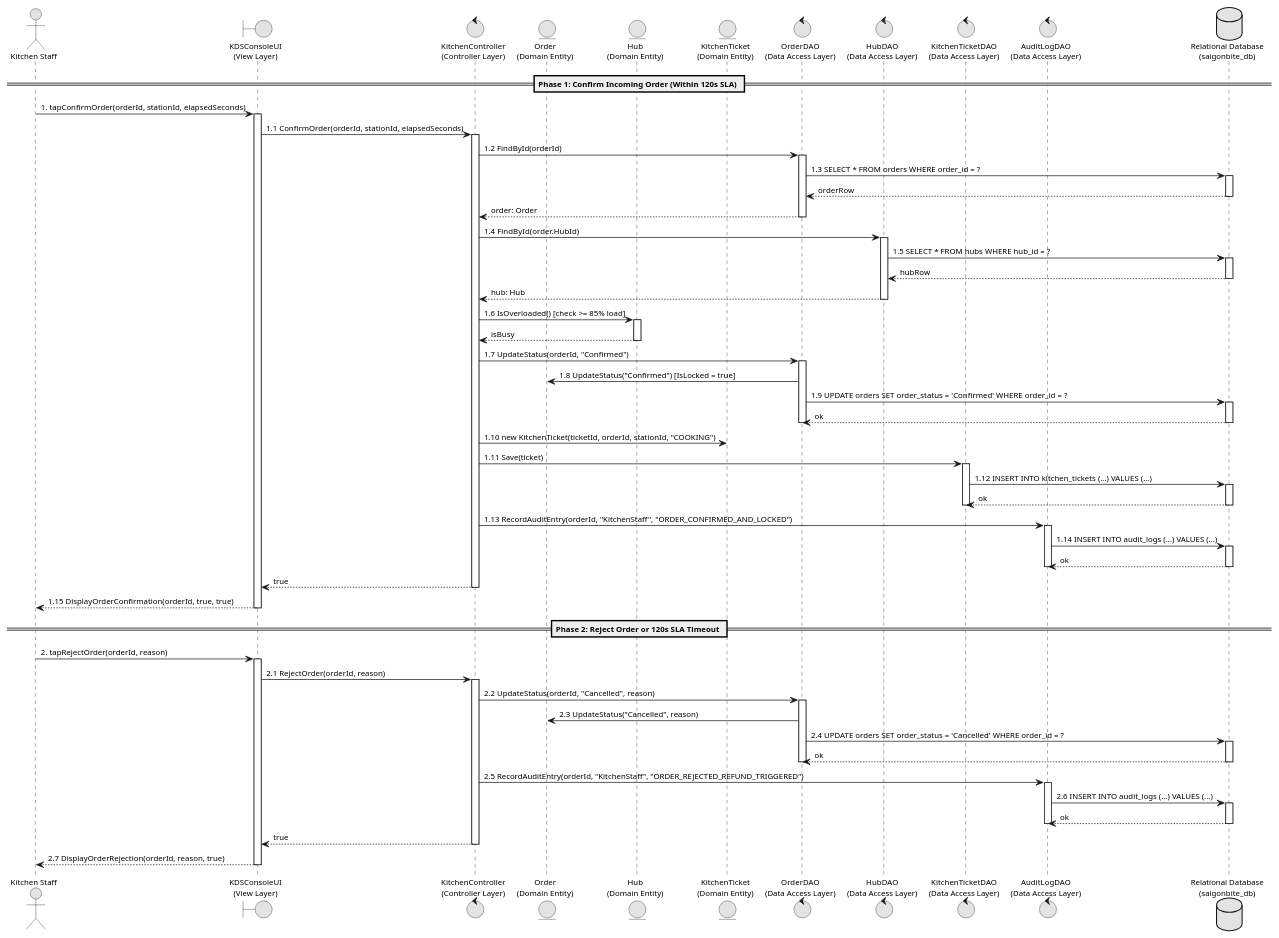
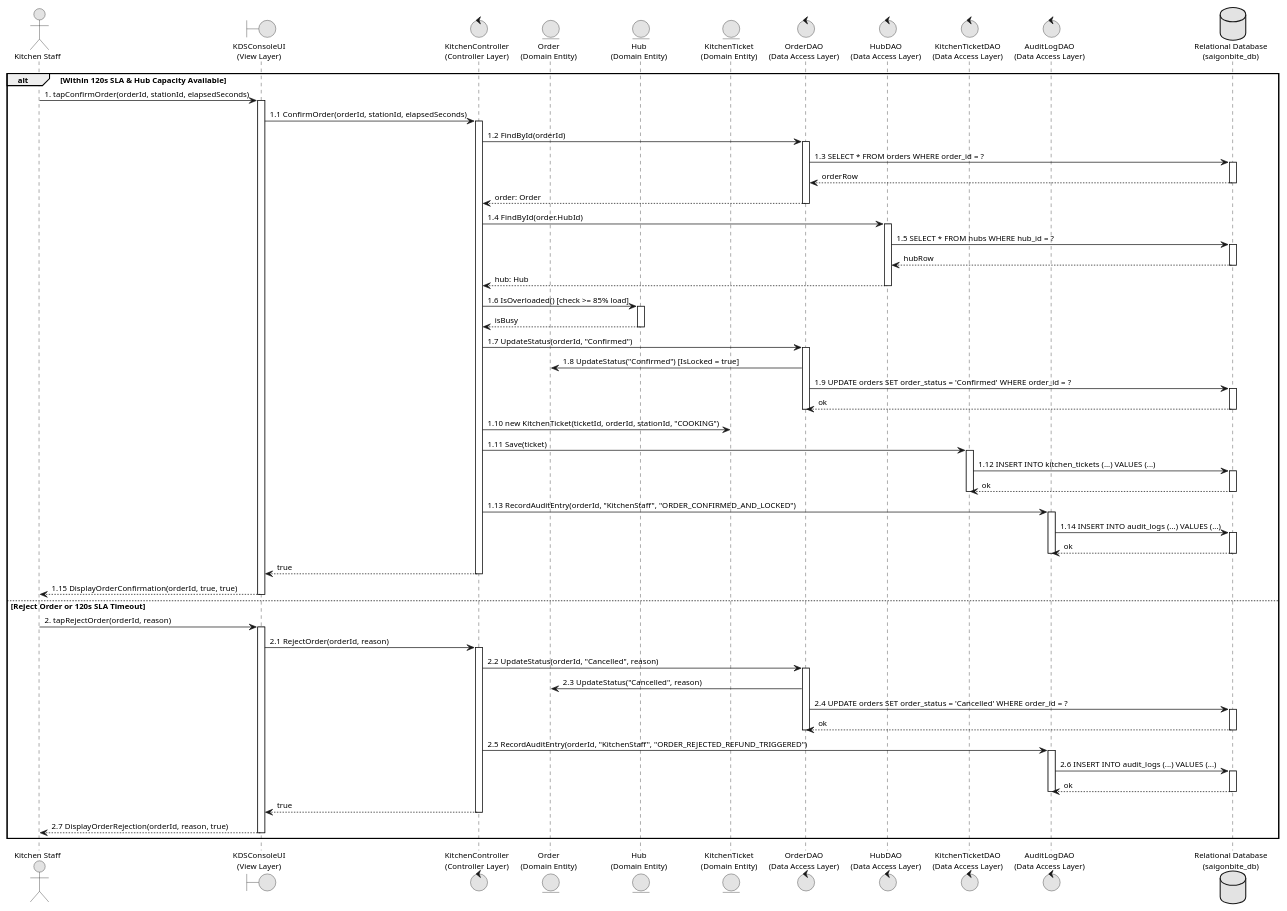
Before and after one commit to DoQuocTrung06/SaigonBite-RAD-TeamF10: the diagram in Part_3/docs/Figure_4_3_2_UC7_Modified_Sequence_Diagram.puml, drawn with PlantUML. The commit also changed 4 other files, not shown here.

Commit message:
Refine UC7 sequence diagram with alt-else branches and align rejection reason across code and docs

```diff
--- a/Part_3/docs/Figure_4_3_2_UC7_Modified_Sequence_Diagram.puml
+++ b/Part_3/docs/Figure_4_3_2_UC7_Modified_Sequence_Diagram.puml
@@ -1,112 +1,113 @@
 @startuml Figure_4_3_2_UC7_Modified_Sequence_Diagram
 skinparam backgroundColor #FFFFFF
 skinparam monochrome true
 skinparam shadowing false
 skinparam defaultFontName "Calibri"
 skinparam defaultFontSize 11
 skinparam defaultFontColor #000000
 skinparam linetype ortho
 skinparam roundCorner 0
 hide circle
 
 actor "Kitchen Staff" as Staff
 boundary "KDSConsoleUI\n(View Layer)" as UI
 control "KitchenController\n(Controller Layer)" as Ctrl
 entity "Order\n(Domain Entity)" as Ord
 entity "Hub\n(Domain Entity)" as Hub
 entity "KitchenTicket\n(Domain Entity)" as Ticket
 control "OrderDAO\n(Data Access Layer)" as OrderDAO
 control "HubDAO\n(Data Access Layer)" as HubDAO
 control "KitchenTicketDAO\n(Data Access Layer)" as TicketDAO
 control "AuditLogDAO\n(Data Access Layer)" as AuditDAO
 database "Relational Database\n(saigonbite_db)" as DB
 
-== Phase 1: Confirm Incoming Order (Within 120s SLA) ==
+alt Within 120s SLA & Hub Capacity Available
 Staff -> UI: 1. tapConfirmOrder(orderId, stationId, elapsedSeconds)
 activate UI
 UI -> Ctrl: 1.1 ConfirmOrder(orderId, stationId, elapsedSeconds)
 activate Ctrl
 
 Ctrl -> OrderDAO: 1.2 FindById(orderId)
 activate OrderDAO
 OrderDAO -> DB: 1.3 SELECT * FROM orders WHERE order_id = ?
 activate DB
 DB --> OrderDAO: orderRow
 deactivate DB
 OrderDAO --> Ctrl: order: Order
 deactivate OrderDAO
 
 Ctrl -> HubDAO: 1.4 FindById(order.HubId)
 activate HubDAO
 HubDAO -> DB: 1.5 SELECT * FROM hubs WHERE hub_id = ?
 activate DB
 DB --> HubDAO: hubRow
 deactivate DB
 HubDAO --> Ctrl: hub: Hub
 deactivate HubDAO
 
 Ctrl -> Hub: 1.6 IsOverloaded() [check >= 85% load]
 activate Hub
 Hub --> Ctrl: isBusy
 deactivate Hub
 
 Ctrl -> OrderDAO: 1.7 UpdateStatus(orderId, "Confirmed")
 activate OrderDAO
 OrderDAO -> Ord: 1.8 UpdateStatus("Confirmed") [IsLocked = true]
 OrderDAO -> DB: 1.9 UPDATE orders SET order_status = 'Confirmed' WHERE order_id = ?
 activate DB
 DB --> OrderDAO: ok
 deactivate DB
 deactivate OrderDAO
 
 Ctrl -> Ticket: 1.10 new KitchenTicket(ticketId, orderId, stationId, "COOKING")
 Ctrl -> TicketDAO: 1.11 Save(ticket)
 activate TicketDAO
 TicketDAO -> DB: 1.12 INSERT INTO kitchen_tickets (...) VALUES (...)
 activate DB
 DB --> TicketDAO: ok
 deactivate DB
 deactivate TicketDAO
 
 Ctrl -> AuditDAO: 1.13 RecordAuditEntry(orderId, "KitchenStaff", "ORDER_CONFIRMED_AND_LOCKED")
 activate AuditDAO
 AuditDAO -> DB: 1.14 INSERT INTO audit_logs (...) VALUES (...)
 activate DB
 DB --> AuditDAO: ok
 deactivate DB
 deactivate AuditDAO
 
 Ctrl --> UI: true
 deactivate Ctrl
 UI --> Staff: 1.15 DisplayOrderConfirmation(orderId, true, true)
 deactivate UI
 
-== Phase 2: Reject Order or 120s SLA Timeout ==
+else Reject Order or 120s SLA Timeout
 Staff -> UI: 2. tapRejectOrder(orderId, reason)
 activate UI
 UI -> Ctrl: 2.1 RejectOrder(orderId, reason)
 activate Ctrl
 
 Ctrl -> OrderDAO: 2.2 UpdateStatus(orderId, "Cancelled", reason)
 activate OrderDAO
 OrderDAO -> Ord: 2.3 UpdateStatus("Cancelled", reason)
 OrderDAO -> DB: 2.4 UPDATE orders SET order_status = 'Cancelled' WHERE order_id = ?
 activate DB
 DB --> OrderDAO: ok
 deactivate DB
 deactivate OrderDAO
 
 Ctrl -> AuditDAO: 2.5 RecordAuditEntry(orderId, "KitchenStaff", "ORDER_REJECTED_REFUND_TRIGGERED")
 activate AuditDAO
 AuditDAO -> DB: 2.6 INSERT INTO audit_logs (...) VALUES (...)
 activate DB
 DB --> AuditDAO: ok
 deactivate DB
 deactivate AuditDAO
 
 Ctrl --> UI: true
 deactivate Ctrl
 UI --> Staff: 2.7 DisplayOrderRejection(orderId, reason, true)
 deactivate UI
+end
 
 @enduml
```
